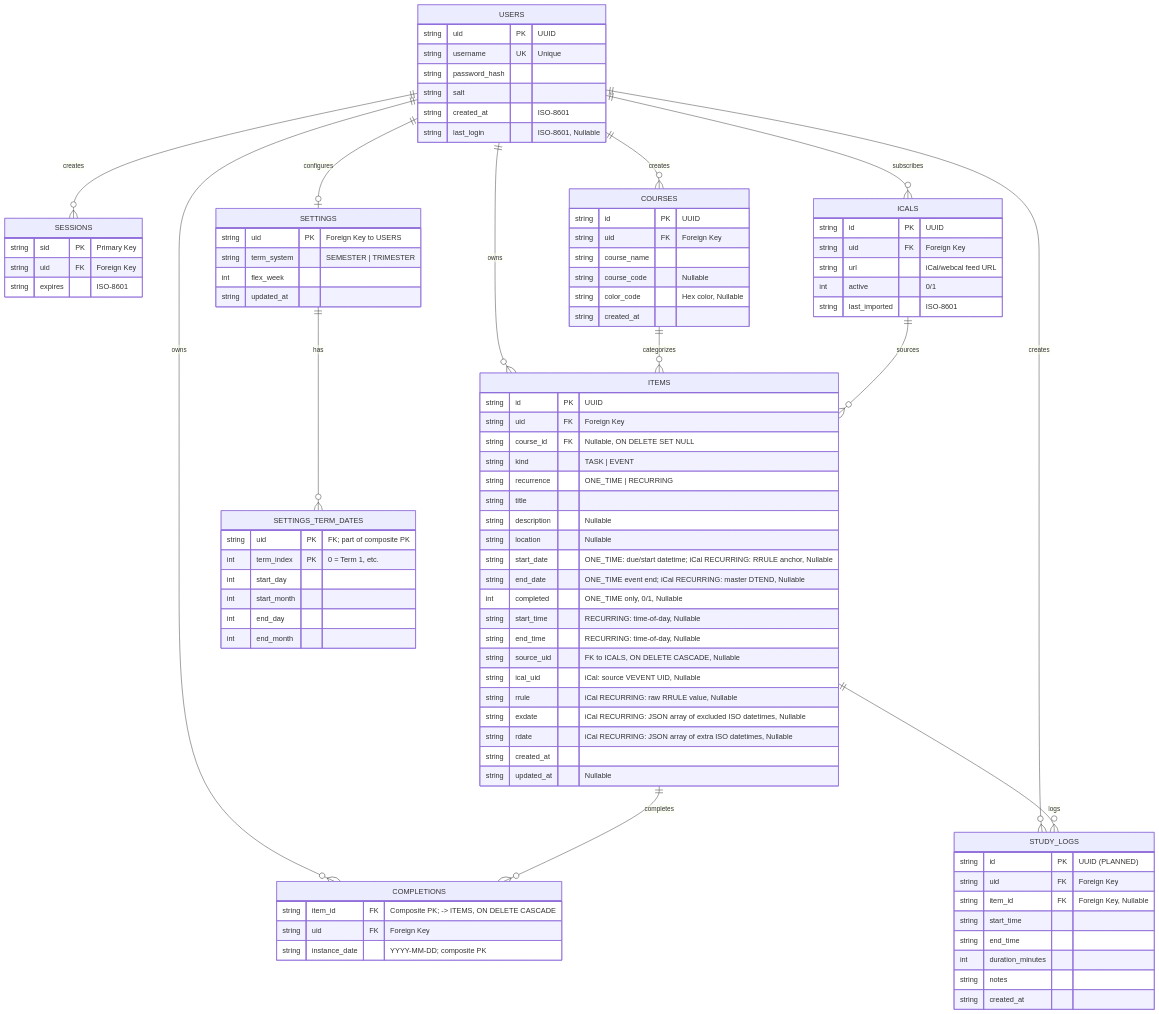
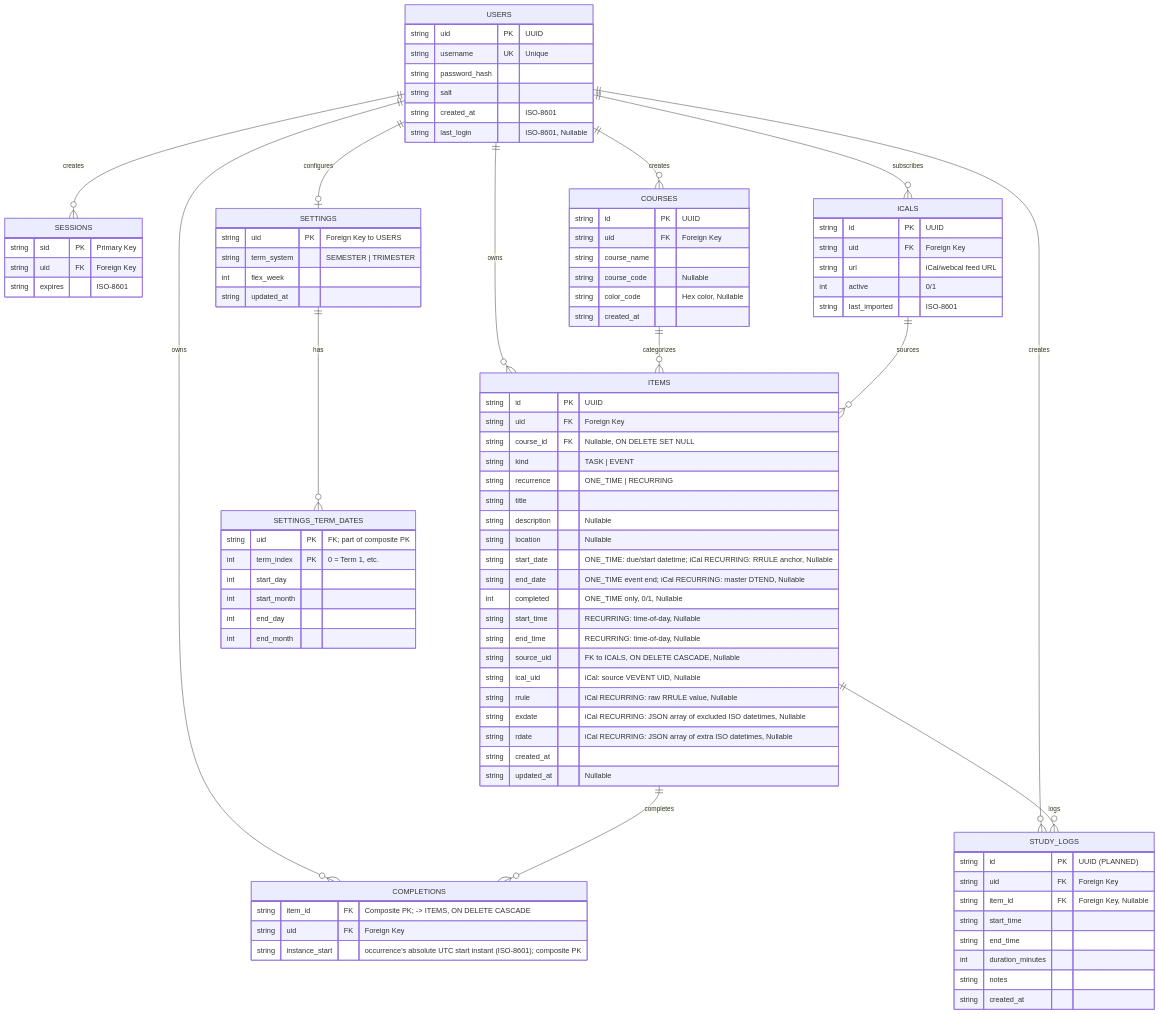
One commit to ParsaSla/Planner-App changed the diagram in DATABASE_SCHEMA_ERD.md. Above: the diagram before and after it, drawn with Mermaid. The commit also changed other lines of this file and 14 other files, not shown here.

```diff
--- a/DATABASE_SCHEMA_ERD.md
+++ b/DATABASE_SCHEMA_ERD.md
@@ -71,7 +71,7 @@
     COMPLETIONS {
         string item_id FK "Composite PK; -> ITEMS, ON DELETE CASCADE"
         string uid FK "Foreign Key"
-        string instance_date "YYYY-MM-DD; composite PK"
+        string instance_start "occurrence's absolute UTC start instant (ISO-8601); composite PK"
     }
 
     COURSES {
```
